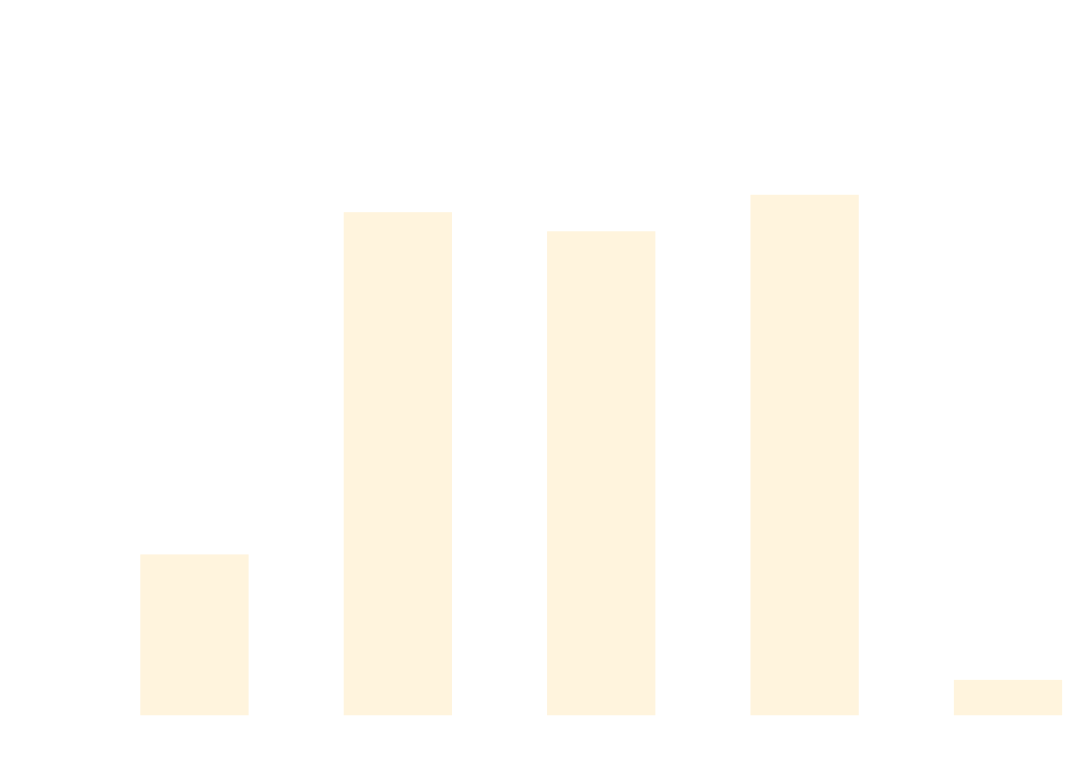
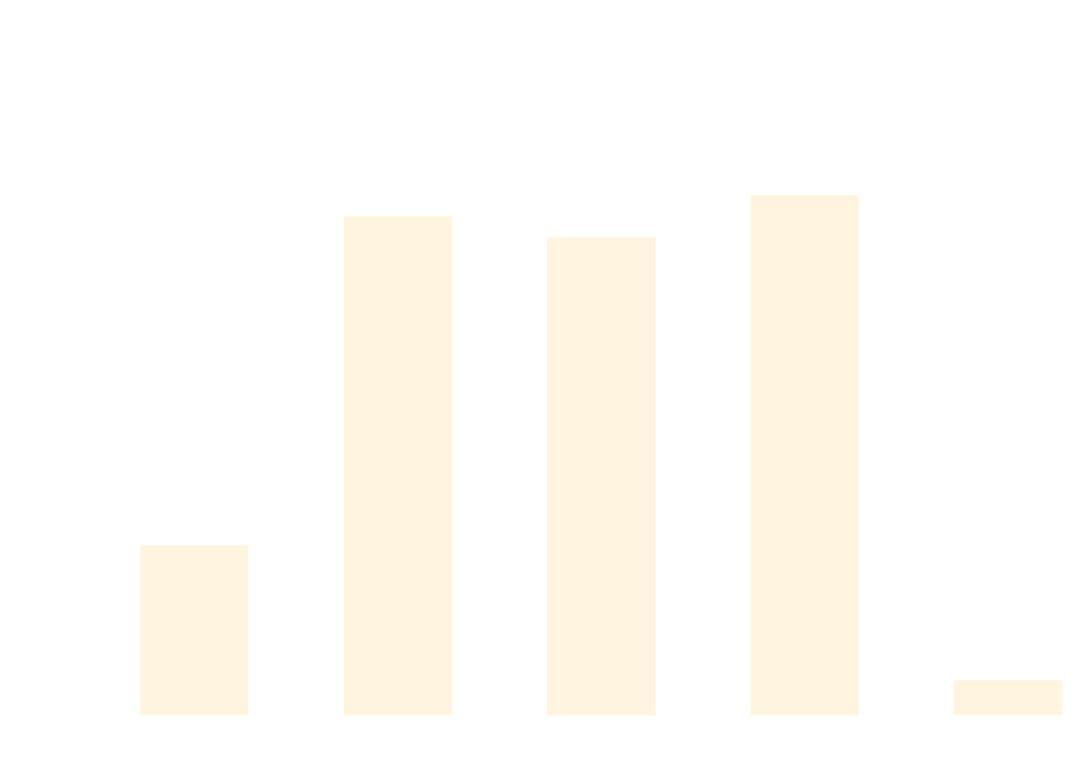
Before and after one commit to thomhurst/TUnit: the diagram in docs/docs/benchmarks/MatrixTests.md, drawn with Mermaid. The commit also changed other lines of this file and 17 other files, not shown here.

````diff
--- a/docs/docs/benchmarks/MatrixTests.md
+++ b/docs/docs/benchmarks/MatrixTests.md
@@ -27,37 +27,37 @@
 ```mermaid
 %%{init: {
   'theme':'base',
   'themeVariables': {
     'primaryColor': '#2563eb',
     'primaryTextColor': '#ffffff',
     'primaryBorderColor': '#1e40af',
     'lineColor': '#6b7280',
     'secondaryColor': '#7c3aed',
     'tertiaryColor': '#dc2626',
     'background': '#ffffff',
     'mainBkg': '#2563eb',
     'secondBkg': '#7c3aed',
     'tertiaryBkg': '#dc2626',
     'clusterBkg': '#f3f4f6',
     'edgeLabelBackground': '#ffffff',
     'tertiaryTextColor': '#1f2937',
     'pie1': '#2563eb',
     'pie2': '#7c3aed',
     'pie3': '#dc2626',
     'pie4': '#f59e0b',
     'pie5': '#10b981',
     'pie6': '#06b6d4',
     'pie7': '#ec4899',
     'pie8': '#6366f1',
     'pie9': '#84cc16',
     'pie10': '#f97316',
     'pie11': '#14b8a6',
     'pie12': '#a855f7'
   }
 }}%%
 xychart-beta
   title "MatrixTests Performance Comparison"
   x-axis ["TUnit", "NUnit", "MSTest", "xUnit3", "TUnit_AOT"]
-  y-axis "Time (ms)" 0 --> 1923
-  bar [469.61, 1547.6, 1487.42, 1602.48, 74.5]
+  y-axis "Time (ms)" 0 --> 2024
+  bar [524.86, 1614.21, 1545.59, 1686.09, 76.35]
 ```
````
